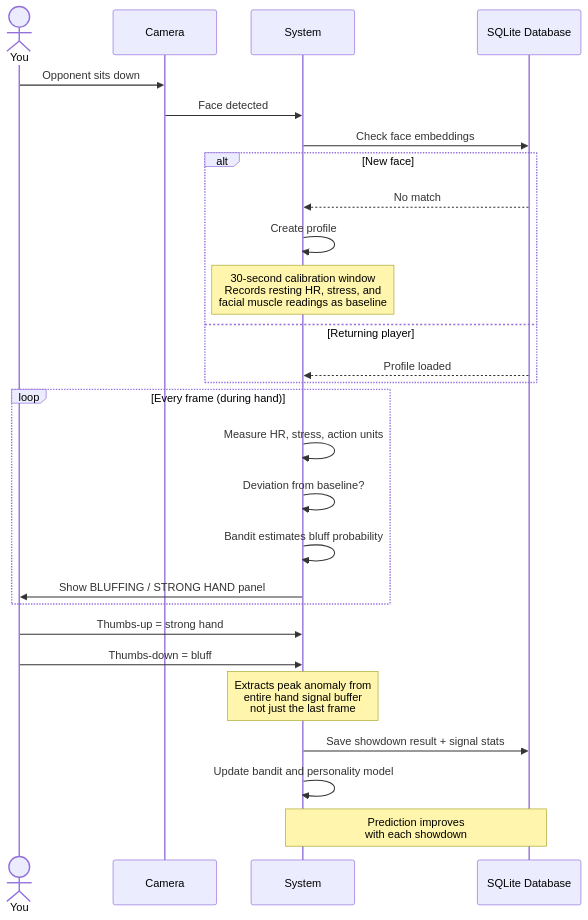
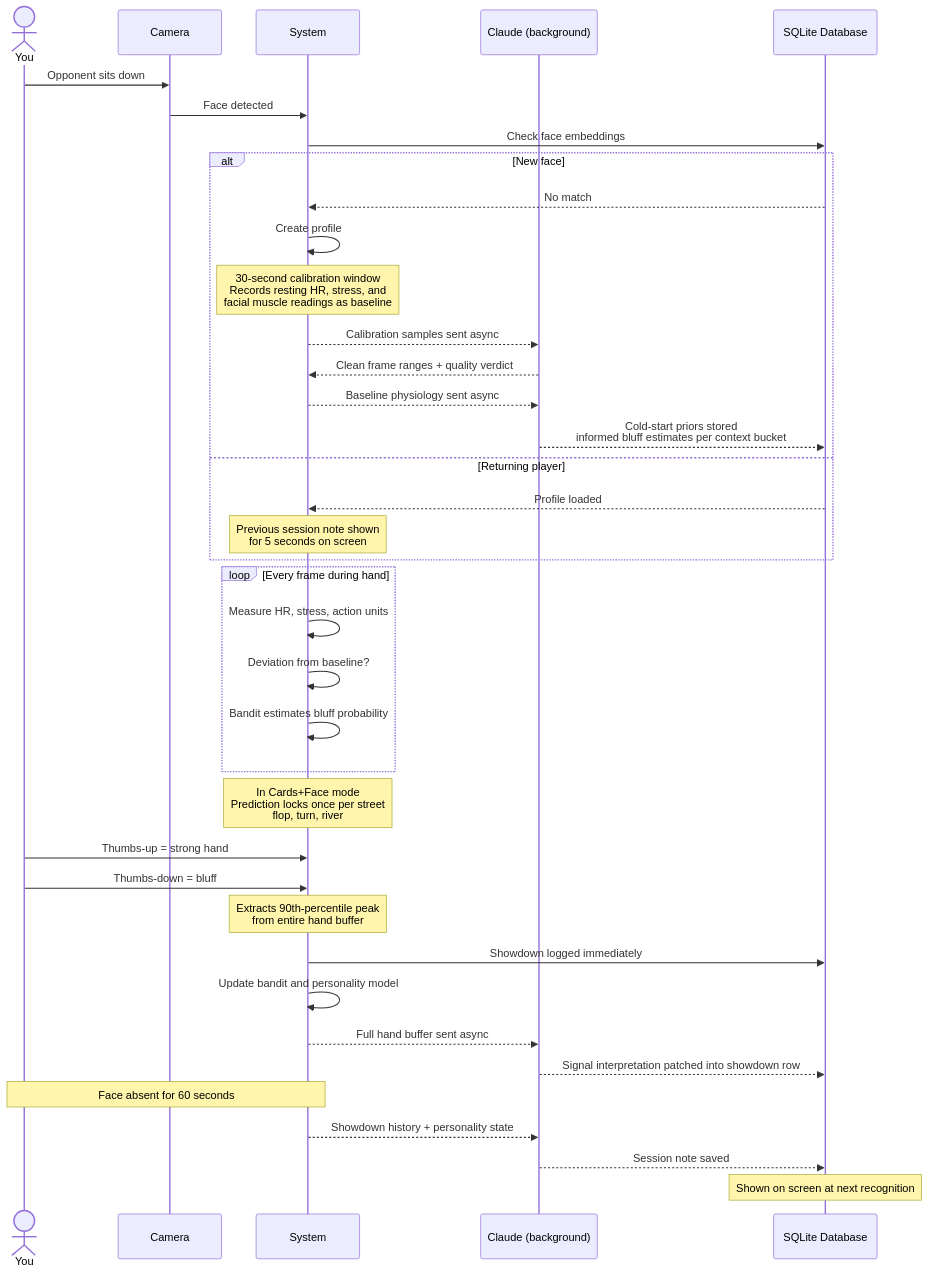
The third of 4 diagrams in README.md (Dee-1862/PokerFace), drawn with Mermaid before and after one commit. The commit also changed other lines of this file and 29 other files, not shown here.

````diff
--- a/README.md
+++ b/README.md
@@ -107,33 +126,46 @@
 ```mermaid
 sequenceDiagram
     actor You
     participant Cam as Camera
     participant Sys as System
+    participant Claude as Claude (background)
     participant DB as SQLite Database
 
     You->>Cam: Opponent sits down
     Cam->>Sys: Face detected
     Sys->>DB: Check face embeddings
     alt New face
         DB-->>Sys: No match
         Sys->>Sys: Create profile
         Note over Sys: 30-second calibration window<br/>Records resting HR, stress, and<br/>facial muscle readings as baseline
+        Sys-->>Claude: Calibration samples sent async
+        Claude-->>Sys: Clean frame ranges + quality verdict
+        Sys-->>Claude: Baseline physiology sent async
+        Claude-->>DB: Cold-start priors stored<br/>informed bluff estimates per context bucket
     else Returning player
         DB-->>Sys: Profile loaded
+        Note over Sys: Previous session note shown<br/>for 5 seconds on screen
     end
 
-    loop Every frame (during hand)
+    loop Every frame during hand
         Sys->>Sys: Measure HR, stress, action units
         Sys->>Sys: Deviation from baseline?
         Sys->>Sys: Bandit estimates bluff probability
-        Sys->>You: Show BLUFFING / STRONG HAND panel
     end
+
+    Note over Sys: In Cards+Face mode<br/>Prediction locks once per street<br/>flop, turn, river
 
     You->>Sys: Thumbs-up = strong hand
     You->>Sys: Thumbs-down = bluff
 
-    Note over Sys: Extracts peak anomaly from<br/>entire hand signal buffer<br/>not just the last frame
-    Sys->>DB: Save showdown result + signal stats
+    Note over Sys: Extracts 90th-percentile peak<br/>from entire hand buffer
+    Sys->>DB: Showdown logged immediately
     Sys->>Sys: Update bandit and personality model
-    Note over Sys,DB: Prediction improves<br/>with each showdown
+    Sys-->>Claude: Full hand buffer sent async
+    Claude-->>DB: Signal interpretation patched into showdown row
+
+    Note over You,Sys: Face absent for 60 seconds
+    Sys-->>Claude: Showdown history + personality state
+    Claude-->>DB: Session note saved
+    Note over DB: Shown on screen at next recognition
 ```
````
